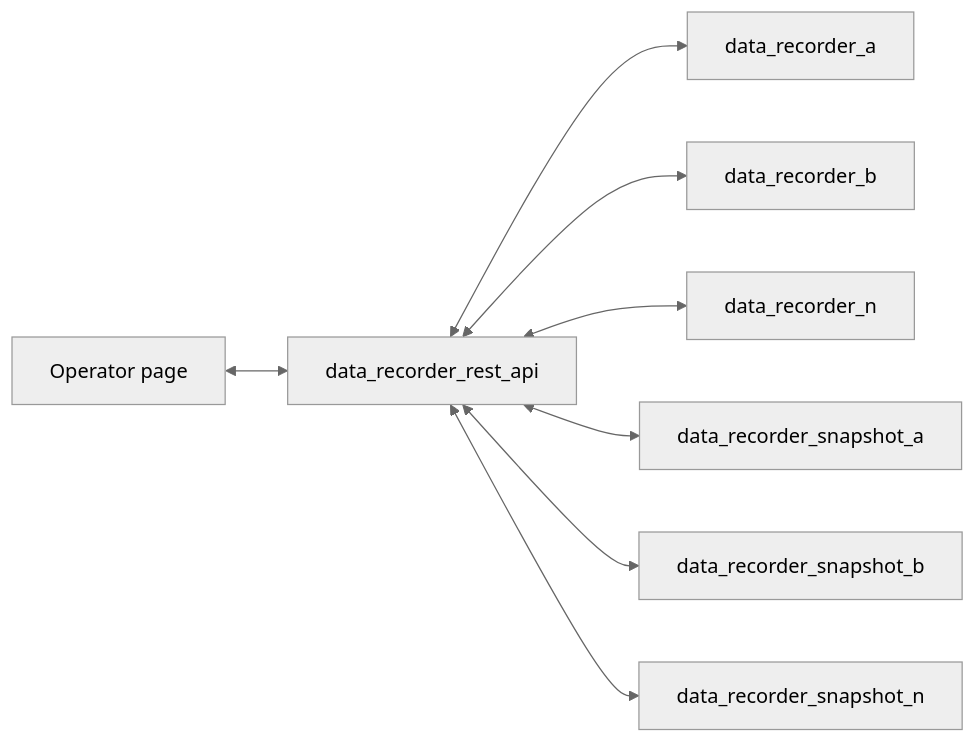
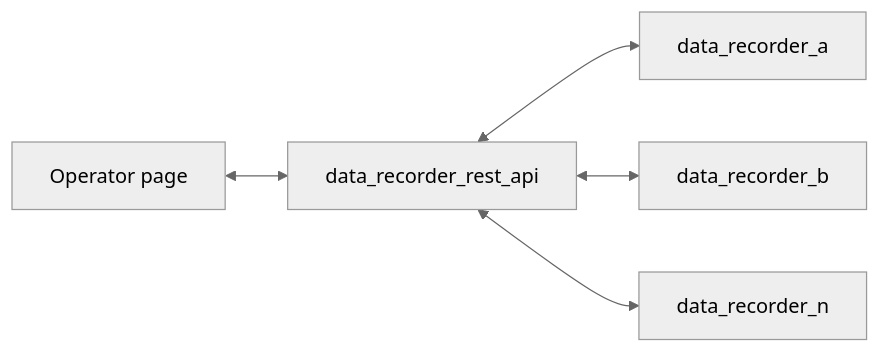
The diagram in README.md (markusschratter/data_recorder), drawn with Mermaid (neutral theme) before and after one commit. The commit also changed other lines of this file and 13 other files, not shown here.

````diff
--- a/README.md
+++ b/README.md
@@ -5,10 +7,7 @@
 ```mermaid
 flowchart LR
   page["Operator page"] <--> rest["data_recorder_rest_api"]
   rest <--> a["data_recorder_a"]
   rest <--> b["data_recorder_b"]
   rest <--> n["data_recorder_n"]
-  rest <--> sa["data_recorder_snapshot_a"]
-  rest <--> sb["data_recorder_snapshot_b"]
-  rest <--> sn["data_recorder_snapshot_n"]
 ```
````
